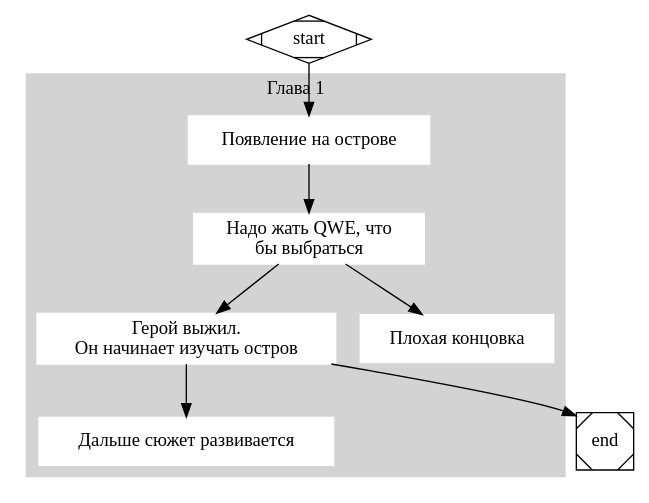
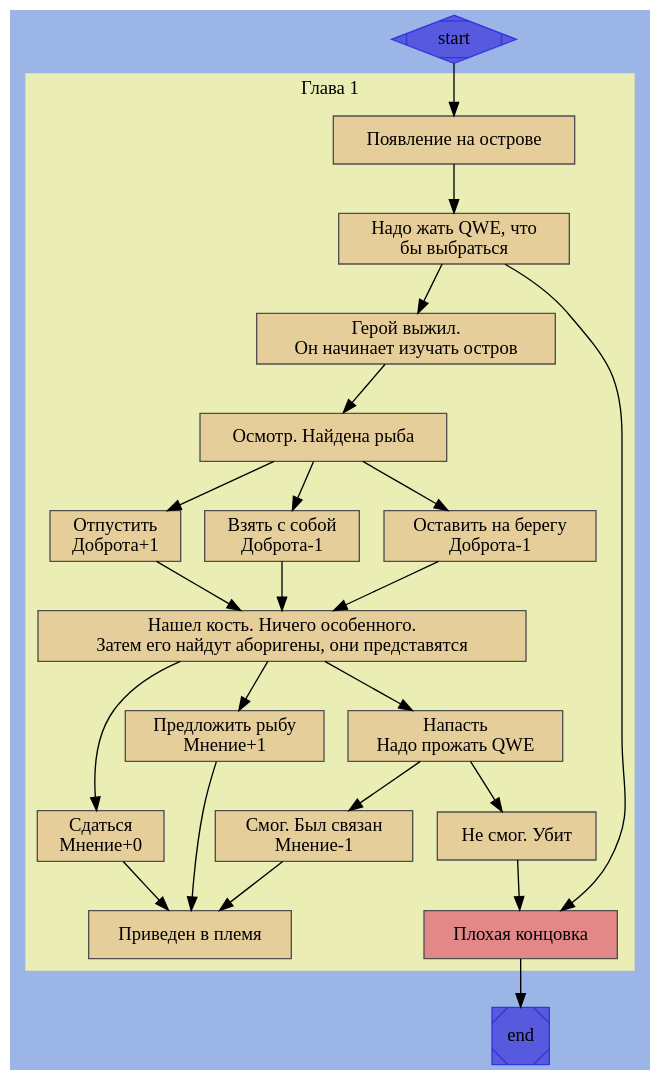
Before and after one commit to kotazzz/kotazzz.github.io: the diagram in content/post/yarik/graphg.dot, drawn with Graphviz. The commit also changed 2 other files, not shown here.

```diff
--- a/content/post/yarik/graphg.dot
+++ b/content/post/yarik/graphg.dot
@@ -1,24 +1,53 @@
 digraph G {
 
   subgraph cluster_0 {
     style=filled;
-    color=lightgrey;
-    node [style=filled,color=white];
-    a1 [shape=record,label="Появление на острове"];
-    a2 [shape=record,label="Надо жать QWE, что \nбы выбраться"];
-    a3 [shape=record,label="Герой выжил. \nОн начинает изучать остров"];
-    a4 [shape=record,label="Дальше сюжет развивается"];
+    color="#eaeeb5";
+    
+    node [shape=record,style=filled,color=gray31];
+    node [fillcolor="#e6ce9a"];
+    a1 [label="Появление на острове"];
+    a2 [label="Надо жать QWE, что \nбы выбраться"];
+    a3 [label="Герой выжил. \nОн начинает изучать остров"];
+    
+    
+    a4 [label="Осмотр. Найдена рыба"];
+    a5 [label="Отпустить\nДоброта+1"];
+    a6 [label="Взять с собой\nДоброта-1"];
+    a7 [label="Оставить на берегу\nДоброта-1"];
+
+    
+    a8 [label="Нашел кость. Ничего особенного. \nЗатем его найдут аборигены, они представятся"];
+    
+    a81 [label="Сдаться\nМнение+0"];
+    a82 [label="Предложить рыбу\nМнение+1"];
+    a83 [label="Напасть\nНадо прожать QWE"];
+
+    a831 [label="Смог. Был связан\nМнение-1"];
+    a832 [label="Не смог. Убит"];
+
+    a9 [label="Приведен в племя"];
+    
+
     a1 -> a2 -> a3 -> a4;
+    a4 -> {a5;a6;a7} -> a8;
+    a8 -> {a81; a82; a83};
+    a83 -> a831; a83 -> a832;
+    {a81; a82; a831} -> a9;
+
     a2 -> go;
+    a832 -> go;
     
-    go [shape=record,label="Плохая концовка"];
+    go [label="Плохая концовка",fillcolor="#e38888"];
     label = "Глава 1";
   }
+  
 
   start -> a1;
-  a3 -> end;
+  go -> end;
   
 
-  start [shape=Mdiamond];
-  end [shape=Msquare];
+  start [shape=Mdiamond,style=filled,fillcolor="#5759de",color="#3336de"];
+  end [shape=Msquare,style=filled,fillcolor="#5759de",color="#3336de"];
+  bgcolor="#9ab5e6";
 }
```
